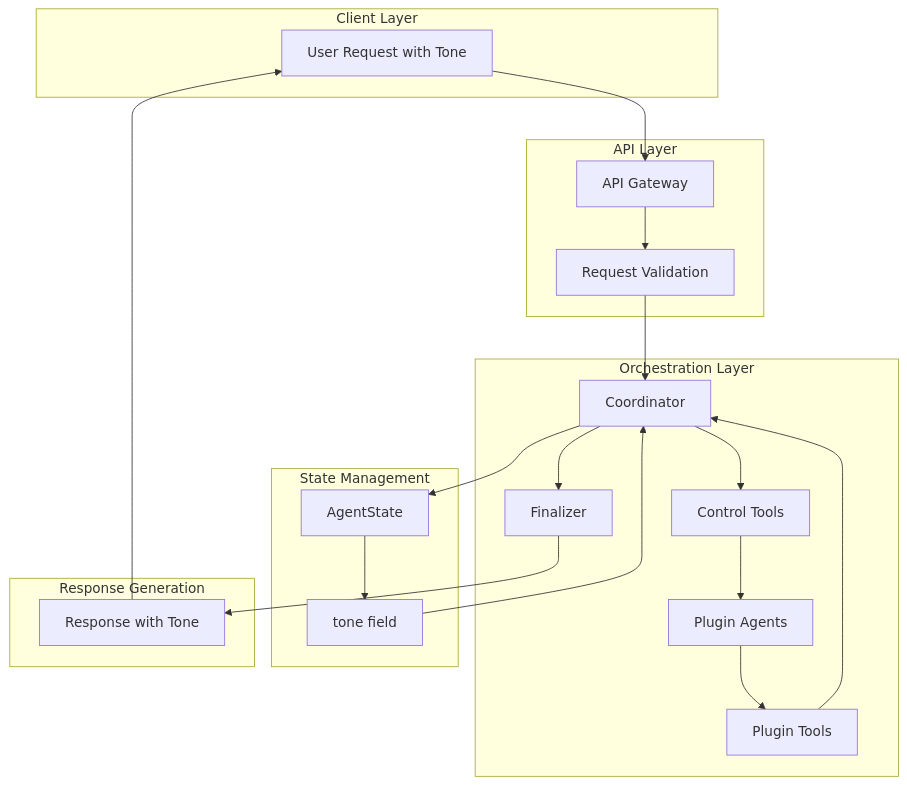
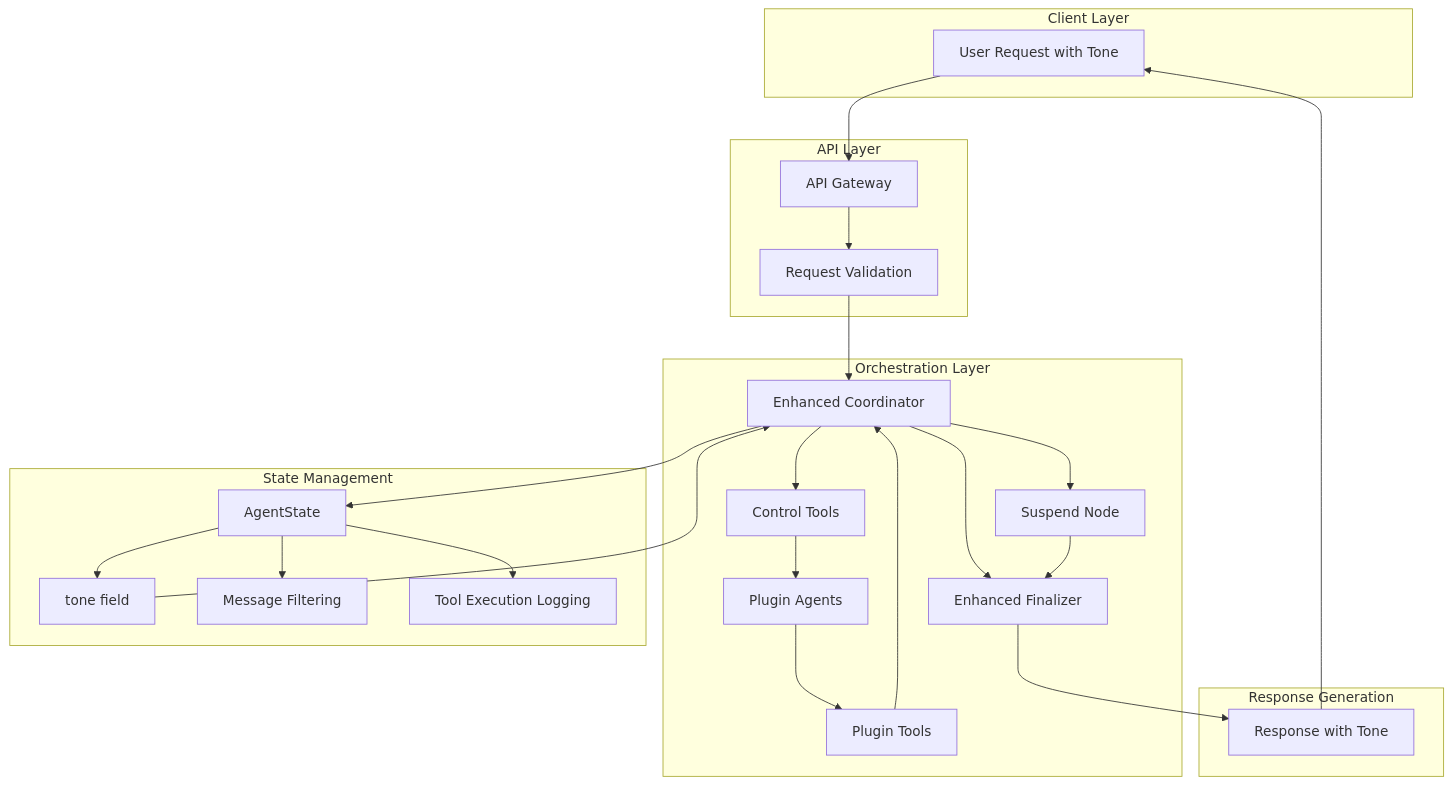
Before and after one commit to jonaskahn/cadence: the eighth of 19 diagrams in docs/concepts/langgraph-architecture.md, drawn with Mermaid. The commit also changed other lines of this file and 37 other files, not shown here.

````diff
--- a/docs/concepts/langgraph-architecture.md
+++ b/docs/concepts/langgraph-architecture.md
@@ -425,42 +564,49 @@
 ```mermaid
 flowchart TD
     subgraph "Client Layer"
         U[User Request with Tone]
     end
     
     subgraph "API Layer"
         API[API Gateway]
         VAL[Request Validation]
     end
     
     subgraph "Orchestration Layer"
-        COORD[Coordinator]
+        COORD[Enhanced Coordinator]
         CT[Control Tools]
         PA[Plugin Agents]
         PT[Plugin Tools]
-        FINAL[Finalizer]
+        FINAL[Enhanced Finalizer]
+        SUSPEND[Suspend Node]
     end
     
     subgraph "State Management"
         STATE[AgentState]
         TONE_STATE[tone field]
+        SAFETY[Message Filtering]
+        LOGGING[Tool Execution Logging]
     end
     
     subgraph "Response Generation"
         RESP[Response with Tone]
     end
     
     U --> API
     API --> VAL
     VAL --> COORD
     COORD --> STATE
     STATE --> TONE_STATE
+    STATE --> SAFETY
+    STATE --> LOGGING
     TONE_STATE --> COORD
     COORD --> CT
     CT --> PA
     PA --> PT
     PT --> COORD
     COORD --> FINAL
+    COORD --> SUSPEND
+    SUSPEND --> FINAL
     FINAL --> RESP
     RESP --> U
 ```
````
